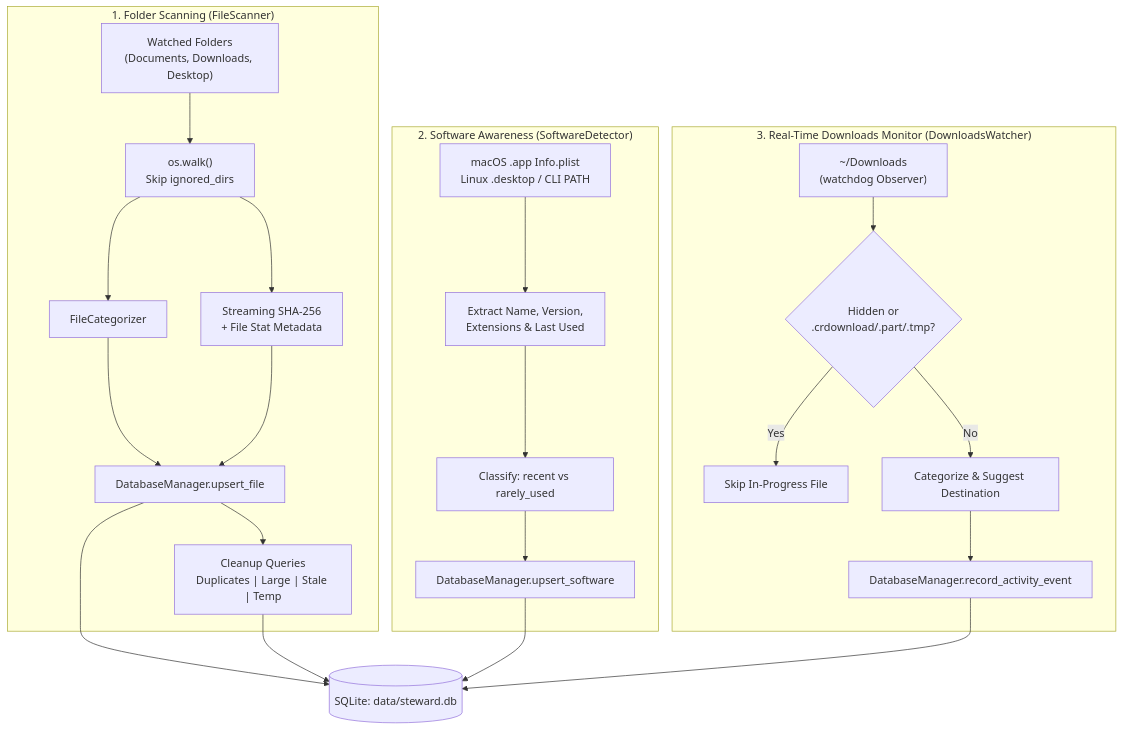
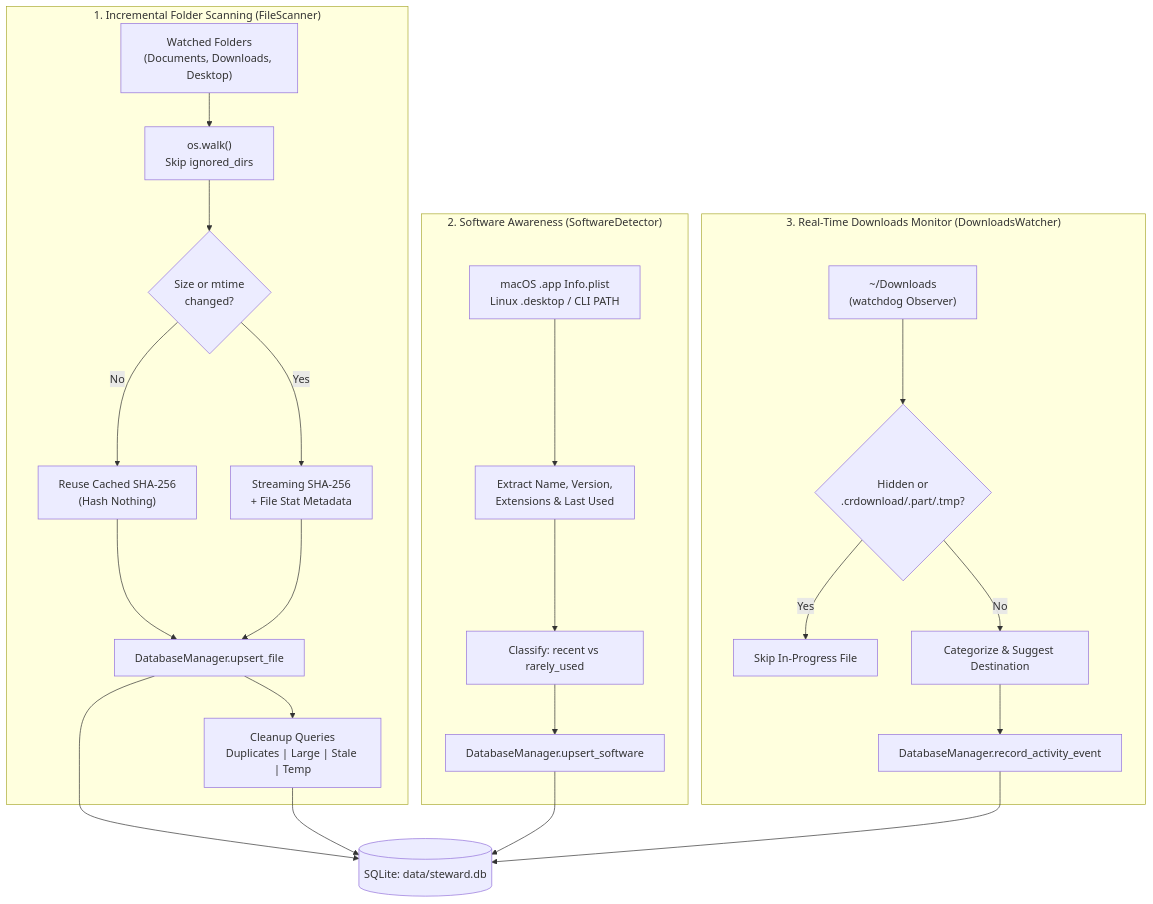
One commit to aion7891/steward changed the diagram in docs/phase-2-scanning.md. Above: the diagram before and after it, drawn with Mermaid. The commit also changed 18 other files, not shown here.

Commit message:
Align Phases 1-3 with System Design: ChromaDB, real Ollama demos, incremental scan, and privacy guards

````diff
--- a/docs/phase-2-scanning.md
+++ b/docs/phase-2-scanning.md
@@ -8,29 +8,30 @@
 ```mermaid
 flowchart TB
-    subgraph FolderScan["1. Folder Scanning (FileScanner)"]
+    subgraph FolderScan["1. Incremental Folder Scanning (FileScanner)"]
         Folders["Watched Folders\n(Documents, Downloads, Desktop)"] --> Walk["os.walk()\nSkip ignored_dirs"]
-        Walk --> Cat[FileCategorizer]
-        Walk --> Hash["Streaming SHA-256\n+ File Stat Metadata"]
-        Cat --> UpsertFile[DatabaseManager.upsert_file]
+        Walk --> Changed{"Size or mtime\nchanged?"}
+        Changed -->|No| Reuse["Reuse Cached SHA-256\n(Hash Nothing)"]
+        Changed -->|Yes| Hash["Streaming SHA-256\n+ File Stat Metadata"]
+        Reuse --> UpsertFile[DatabaseManager.upsert_file]
         Hash --> UpsertFile
         UpsertFile --> Findings["Cleanup Queries\nDuplicates | Large | Stale | Temp"]
     end
 
     subgraph Software["2. Software Awareness (SoftwareDetector)"]
         Apps["macOS .app Info.plist\nLinux .desktop / CLI PATH"] --> Parse["Extract Name, Version,\nExtensions & Last Used"]
         Parse --> Classify["Classify: recent vs rarely_used"]
         Classify --> UpsertSW[DatabaseManager.upsert_software]
     end
 
     subgraph Downloads["3. Real-Time Downloads Monitor (DownloadsWatcher)"]
         DL["~/Downloads\n(watchdog Observer)"] --> Filter{"Hidden or\n.crdownload/.part/.tmp?"}
         Filter -->|Yes| Ignore[Skip In-Progress File]
         Filter -->|No| Suggest["Categorize & Suggest Destination"]
         Suggest --> LogEvent[DatabaseManager.record_activity_event]
     end
 
     UpsertFile --> DB[(SQLite: data/steward.db)]
     Findings --> DB
     UpsertSW --> DB
     LogEvent --> DB
 ```
````
